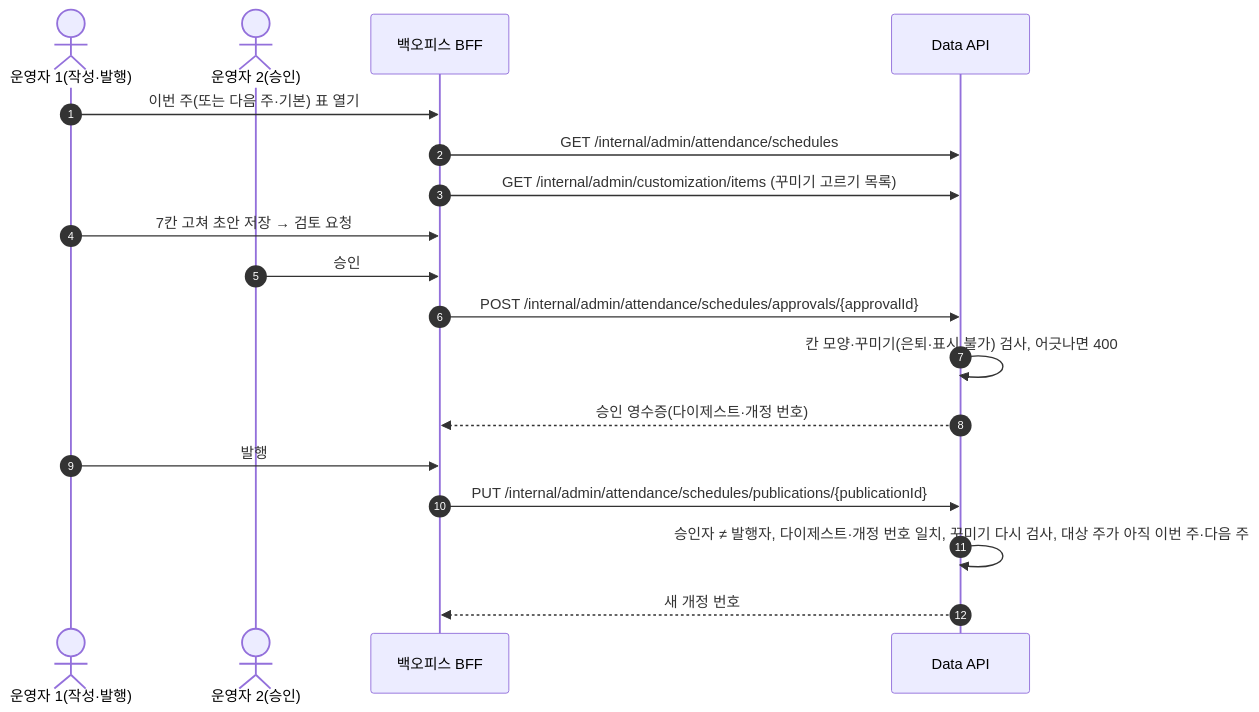
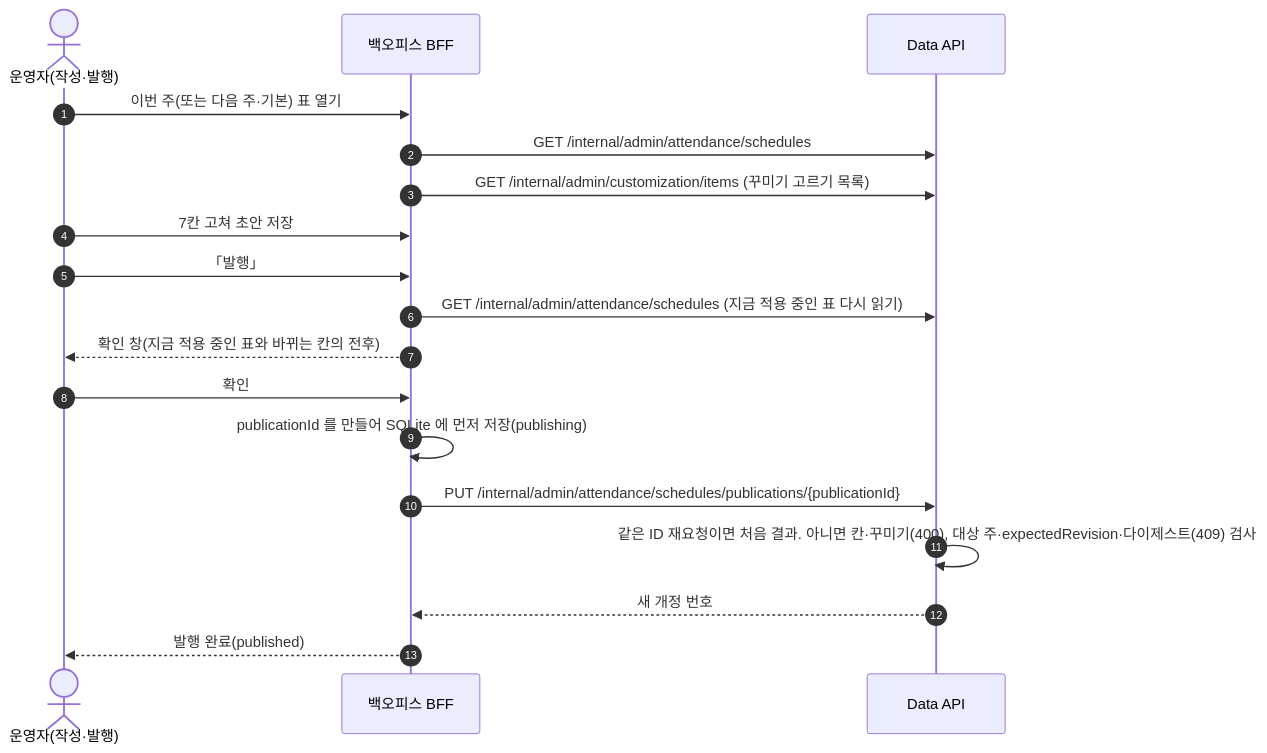
The fourth of 4 diagrams in docs/prd/fishcat/attendance/high-level-design.md (OneOrThree/phone), drawn with Mermaid before and after one commit. The commit also changed other lines of this file and 6 other files, not shown here.

````diff
--- a/docs/prd/fishcat/attendance/high-level-design.md
+++ b/docs/prd/fishcat/attendance/high-level-design.md
@@ -149,20 +149,20 @@
 ```mermaid
 sequenceDiagram
   autonumber
-  actor W as 운영자 1(작성·발행)
-  actor P as 운영자 2(승인)
+  actor W as 운영자(작성·발행)
   participant F as 백오피스 BFF
   participant D as Data API
   W->>F: 이번 주(또는 다음 주·기본) 표 열기
   F->>D: GET /internal/admin/attendance/schedules
   F->>D: GET /internal/admin/customization/items (꾸미기 고르기 목록)
-  W->>F: 7칸 고쳐 초안 저장 → 검토 요청
-  P->>F: 승인
-  F->>D: POST /internal/admin/attendance/schedules/approvals/{approvalId}
-  D->>D: 칸 모양·꾸미기(은퇴·표시 불가) 검사, 어긋나면 400
-  D-->>F: 승인 영수증(다이제스트·개정 번호)
-  W->>F: 발행
+  W->>F: 7칸 고쳐 초안 저장
+  W->>F: 「발행」
+  F->>D: GET /internal/admin/attendance/schedules (지금 적용 중인 표 다시 읽기)
+  F-->>W: 확인 창(지금 적용 중인 표와 바뀌는 칸의 전후)
+  W->>F: 확인
+  F->>F: publicationId 를 만들어 SQLite 에 먼저 저장(publishing)
   F->>D: PUT /internal/admin/attendance/schedules/publications/{publicationId}
-  D->>D: 승인자 ≠ 발행자, 다이제스트·개정 번호 일치, 꾸미기 다시 검사, 대상 주가 아직 이번 주·다음 주
+  D->>D: 같은 ID 재요청이면 처음 결과. 아니면 칸·꾸미기(400), 대상 주·expectedRevision·다이제스트(409) 검사
   D-->>F: 새 개정 번호
+  F-->>W: 발행 완료(published)
 ```
````
